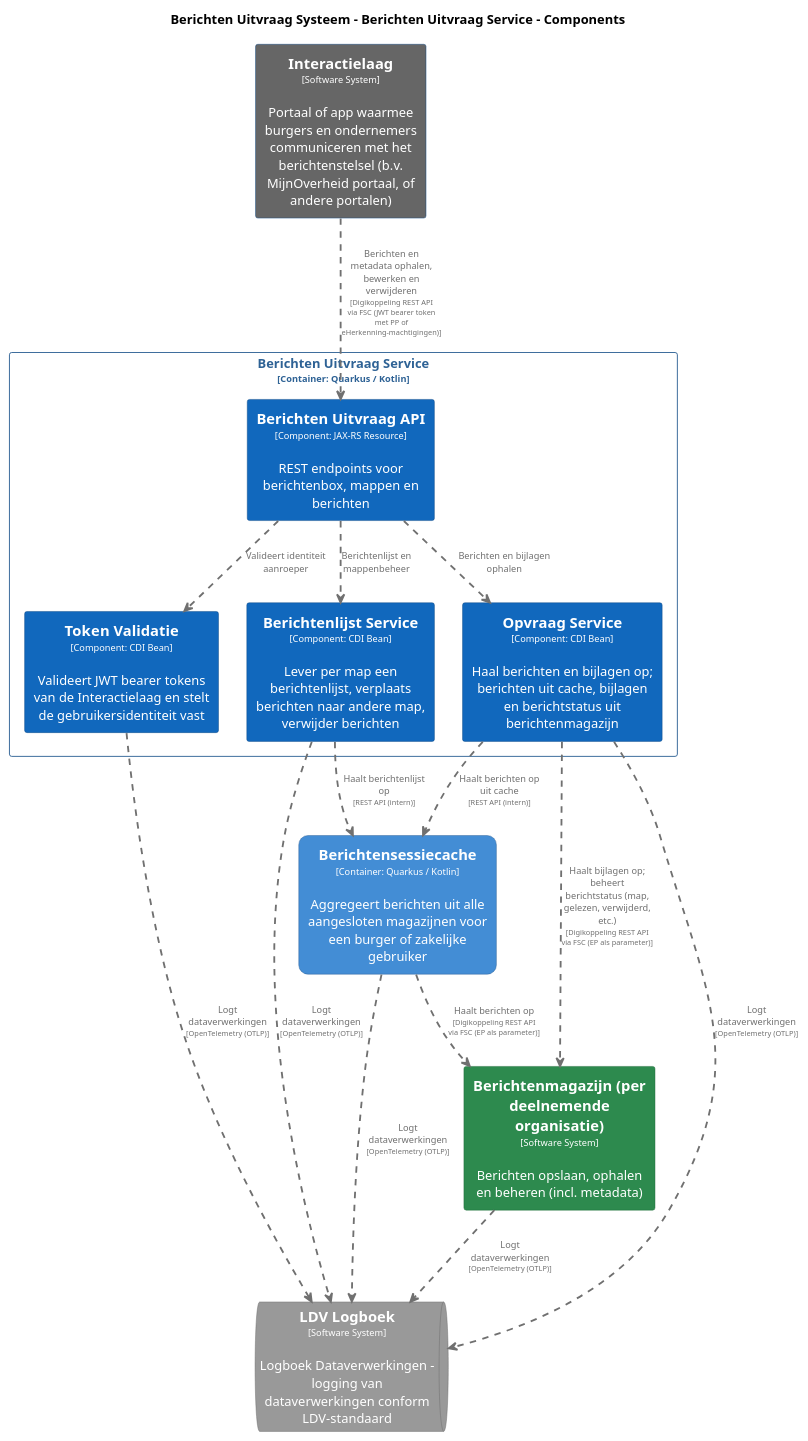
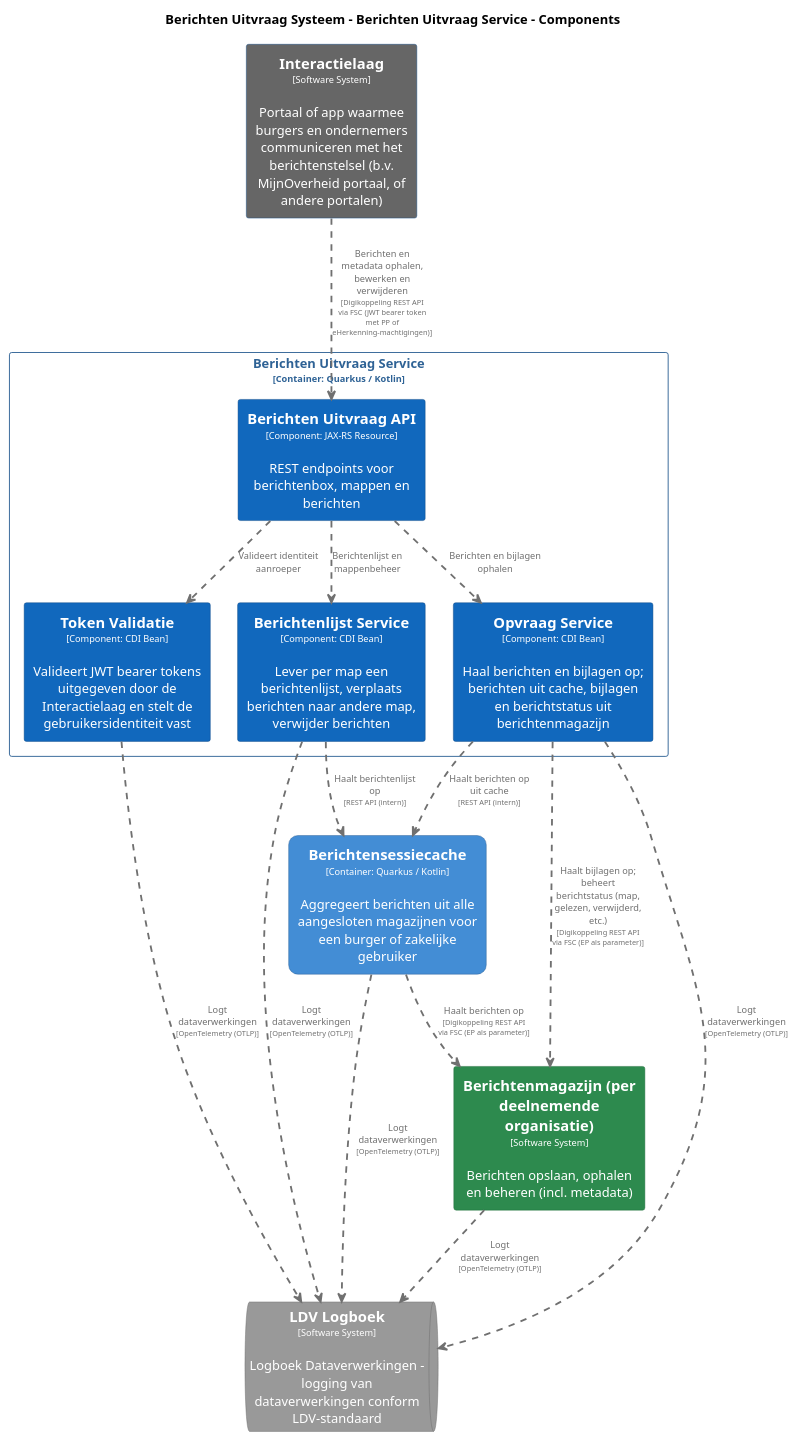
Before and after one commit to MinBZK/moza-poc-fbs-berichtenbox: the diagram in pr-preview/pr-22/master/puml/BerichtenUitvraagServiceComponenten.puml, drawn with PlantUML. The commit also changed 39 other files, not shown here.

```diff
--- a/pr-preview/pr-22/master/puml/BerichtenUitvraagServiceComponenten.puml
+++ b/pr-preview/pr-22/master/puml/BerichtenUitvraagServiceComponenten.puml
@@ -1,98 +1,98 @@
 @startuml
 set separator none
 title Berichten Uitvraag Systeem - Berichten Uitvraag Service - Components
 
 top to bottom direction
 skinparam ranksep 60
 skinparam nodesep 30
 
 skinparam {
   arrowFontSize 10
   defaultTextAlignment center
   wrapWidth 200
   maxMessageSize 100
 }
 
 hide stereotype
 
 skinparam rectangle<<BerichtenUitvraagSysteem.BerichtenUitvraagService.BerichtenUitvraagAPI>> {
   BackgroundColor #1168bd
   FontColor #ffffff
   BorderColor #0b4884
   shadowing false
 }
 skinparam rectangle<<BerichtenUitvraagSysteem.BerichtenUitvraagService.BerichtenlijstService>> {
   BackgroundColor #1168bd
   FontColor #ffffff
   BorderColor #0b4884
   shadowing false
 }
 skinparam rectangle<<Berichtenmagazijnperdeelnemendeorganisatie>> {
   BackgroundColor #2d8a4e
   FontColor #ffffff
   BorderColor #1e6b38
   shadowing false
 }
 skinparam rectangle<<BerichtenUitvraagSysteem.Berichtensessiecache>> {
   BackgroundColor #438dd5
   FontColor #ffffff
   BorderColor #2e6295
   roundCorner 20
   shadowing false
 }
 skinparam rectangle<<Interactielaag>> {
   BackgroundColor #666666
   FontColor #ffffff
   BorderColor #0b4884
   shadowing false
 }
 skinparam queue<<LDVLogboek>> {
   BackgroundColor #999999
   FontColor #ffffff
   BorderColor #6b6b6b
   shadowing false
 }
 skinparam rectangle<<BerichtenUitvraagSysteem.BerichtenUitvraagService.OpvraagService>> {
   BackgroundColor #1168bd
   FontColor #ffffff
   BorderColor #0b4884
   shadowing false
 }
 skinparam rectangle<<BerichtenUitvraagSysteem.BerichtenUitvraagService.TokenValidatie>> {
   BackgroundColor #1168bd
   FontColor #ffffff
   BorderColor #0b4884
   shadowing false
 }
 skinparam rectangle<<BerichtenUitvraagSysteem.BerichtenUitvraagService>> {
   BorderColor #2e6295
   FontColor #2e6295
   shadowing false
 }
 
 rectangle "==Interactielaag\n<size:10>[Software System]</size>\n\nPortaal of app waarmee burgers en ondernemers communiceren met het berichtenstelsel (b.v. MijnOverheid portaal, of andere portalen)" <<Interactielaag>> as Interactielaag
 rectangle "==Berichtenmagazijn (per deelnemende organisatie)\n<size:10>[Software System]</size>\n\nBerichten opslaan, ophalen en beheren (incl. metadata)" <<Berichtenmagazijnperdeelnemendeorganisatie>> as Berichtenmagazijnperdeelnemendeorganisatie
 rectangle "==Berichtensessiecache\n<size:10>[Container: Quarkus / Kotlin]</size>\n\nAggregeert berichten uit alle aangesloten magazijnen voor een burger of zakelijke gebruiker" <<BerichtenUitvraagSysteem.Berichtensessiecache>> as BerichtenUitvraagSysteem.Berichtensessiecache
 queue "==LDV Logboek\n<size:10>[Software System]</size>\n\nLogboek Dataverwerkingen - logging van dataverwerkingen conform LDV-standaard" <<LDVLogboek>> as LDVLogboek
 
 rectangle "Berichten Uitvraag Service\n<size:10>[Container: Quarkus / Kotlin]</size>" <<BerichtenUitvraagSysteem.BerichtenUitvraagService>> {
   rectangle "==Berichten Uitvraag API\n<size:10>[Component: JAX-RS Resource]</size>\n\nREST endpoints voor berichtenbox, mappen en berichten" <<BerichtenUitvraagSysteem.BerichtenUitvraagService.BerichtenUitvraagAPI>> as BerichtenUitvraagSysteem.BerichtenUitvraagService.BerichtenUitvraagAPI
-  rectangle "==Token Validatie\n<size:10>[Component: CDI Bean]</size>\n\nValideert JWT bearer tokens van de Interactielaag en stelt de gebruikersidentiteit vast" <<BerichtenUitvraagSysteem.BerichtenUitvraagService.TokenValidatie>> as BerichtenUitvraagSysteem.BerichtenUitvraagService.TokenValidatie
+  rectangle "==Token Validatie\n<size:10>[Component: CDI Bean]</size>\n\nValideert JWT bearer tokens uitgegeven door de Interactielaag en stelt de gebruikersidentiteit vast" <<BerichtenUitvraagSysteem.BerichtenUitvraagService.TokenValidatie>> as BerichtenUitvraagSysteem.BerichtenUitvraagService.TokenValidatie
   rectangle "==Berichtenlijst Service\n<size:10>[Component: CDI Bean]</size>\n\nLever per map een berichtenlijst, verplaats berichten naar andere map, verwijder berichten" <<BerichtenUitvraagSysteem.BerichtenUitvraagService.BerichtenlijstService>> as BerichtenUitvraagSysteem.BerichtenUitvraagService.BerichtenlijstService
   rectangle "==Opvraag Service\n<size:10>[Component: CDI Bean]</size>\n\nHaal berichten en bijlagen op; berichten uit cache, bijlagen en berichtstatus uit berichtenmagazijn" <<BerichtenUitvraagSysteem.BerichtenUitvraagService.OpvraagService>> as BerichtenUitvraagSysteem.BerichtenUitvraagService.OpvraagService
 }
 
 BerichtenUitvraagSysteem.Berichtensessiecache .[#707070,thickness=2].> Berichtenmagazijnperdeelnemendeorganisatie : "<color:#707070>Haalt berichten op\n<color:#707070><size:8>[Digikoppeling REST API via FSC (EP als parameter)]</size>"
 Berichtenmagazijnperdeelnemendeorganisatie .[#707070,thickness=2].> LDVLogboek : "<color:#707070>Logt dataverwerkingen\n<color:#707070><size:8>[OpenTelemetry (OTLP)]</size>"
 BerichtenUitvraagSysteem.Berichtensessiecache .[#707070,thickness=2].> LDVLogboek : "<color:#707070>Logt dataverwerkingen\n<color:#707070><size:8>[OpenTelemetry (OTLP)]</size>"
 BerichtenUitvraagSysteem.BerichtenUitvraagService.TokenValidatie .[#707070,thickness=2].> LDVLogboek : "<color:#707070>Logt dataverwerkingen\n<color:#707070><size:8>[OpenTelemetry (OTLP)]</size>"
 BerichtenUitvraagSysteem.BerichtenUitvraagService.BerichtenlijstService .[#707070,thickness=2].> LDVLogboek : "<color:#707070>Logt dataverwerkingen\n<color:#707070><size:8>[OpenTelemetry (OTLP)]</size>"
 BerichtenUitvraagSysteem.BerichtenUitvraagService.OpvraagService .[#707070,thickness=2].> LDVLogboek : "<color:#707070>Logt dataverwerkingen\n<color:#707070><size:8>[OpenTelemetry (OTLP)]</size>"
 BerichtenUitvraagSysteem.BerichtenUitvraagService.BerichtenUitvraagAPI .[#707070,thickness=2].> BerichtenUitvraagSysteem.BerichtenUitvraagService.TokenValidatie : "<color:#707070>Valideert identiteit aanroeper"
 BerichtenUitvraagSysteem.BerichtenUitvraagService.BerichtenUitvraagAPI .[#707070,thickness=2].> BerichtenUitvraagSysteem.BerichtenUitvraagService.BerichtenlijstService : "<color:#707070>Berichtenlijst en mappenbeheer"
 BerichtenUitvraagSysteem.BerichtenUitvraagService.BerichtenUitvraagAPI .[#707070,thickness=2].> BerichtenUitvraagSysteem.BerichtenUitvraagService.OpvraagService : "<color:#707070>Berichten en bijlagen ophalen"
 BerichtenUitvraagSysteem.BerichtenUitvraagService.OpvraagService .[#707070,thickness=2].> BerichtenUitvraagSysteem.Berichtensessiecache : "<color:#707070>Haalt berichten op uit cache\n<color:#707070><size:8>[REST API (intern)]</size>"
 BerichtenUitvraagSysteem.BerichtenUitvraagService.BerichtenlijstService .[#707070,thickness=2].> BerichtenUitvraagSysteem.Berichtensessiecache : "<color:#707070>Haalt berichtenlijst op\n<color:#707070><size:8>[REST API (intern)]</size>"
 Interactielaag .[#707070,thickness=2].> BerichtenUitvraagSysteem.BerichtenUitvraagService.BerichtenUitvraagAPI : "<color:#707070>Berichten en metadata ophalen, bewerken en verwijderen\n<color:#707070><size:8>[Digikoppeling REST API via FSC (JWT bearer token met PP of eHerkenning-machtigingen)]</size>"
 BerichtenUitvraagSysteem.BerichtenUitvraagService.OpvraagService .[#707070,thickness=2].> Berichtenmagazijnperdeelnemendeorganisatie : "<color:#707070>Haalt bijlagen op; beheert berichtstatus (map, gelezen, verwijderd, etc.)\n<color:#707070><size:8>[Digikoppeling REST API via FSC (EP als parameter)]</size>"
 @enduml
```
